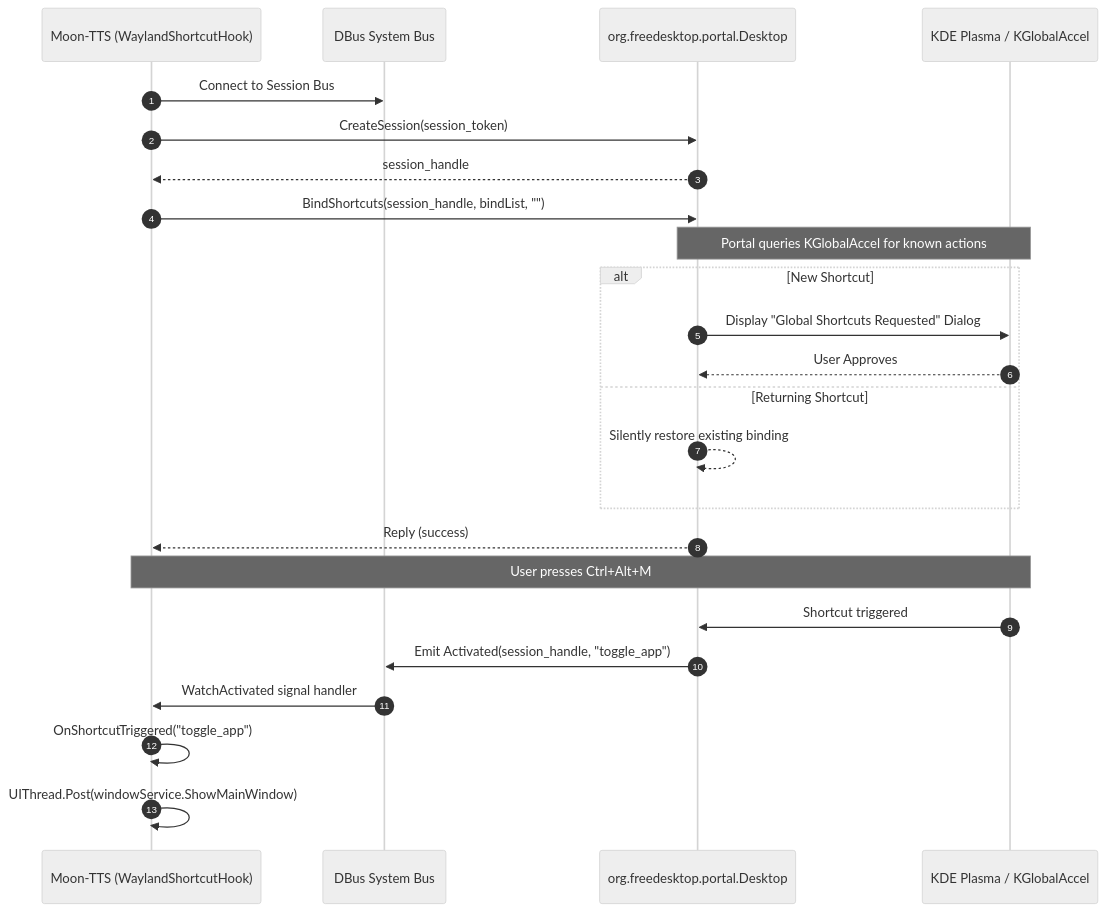
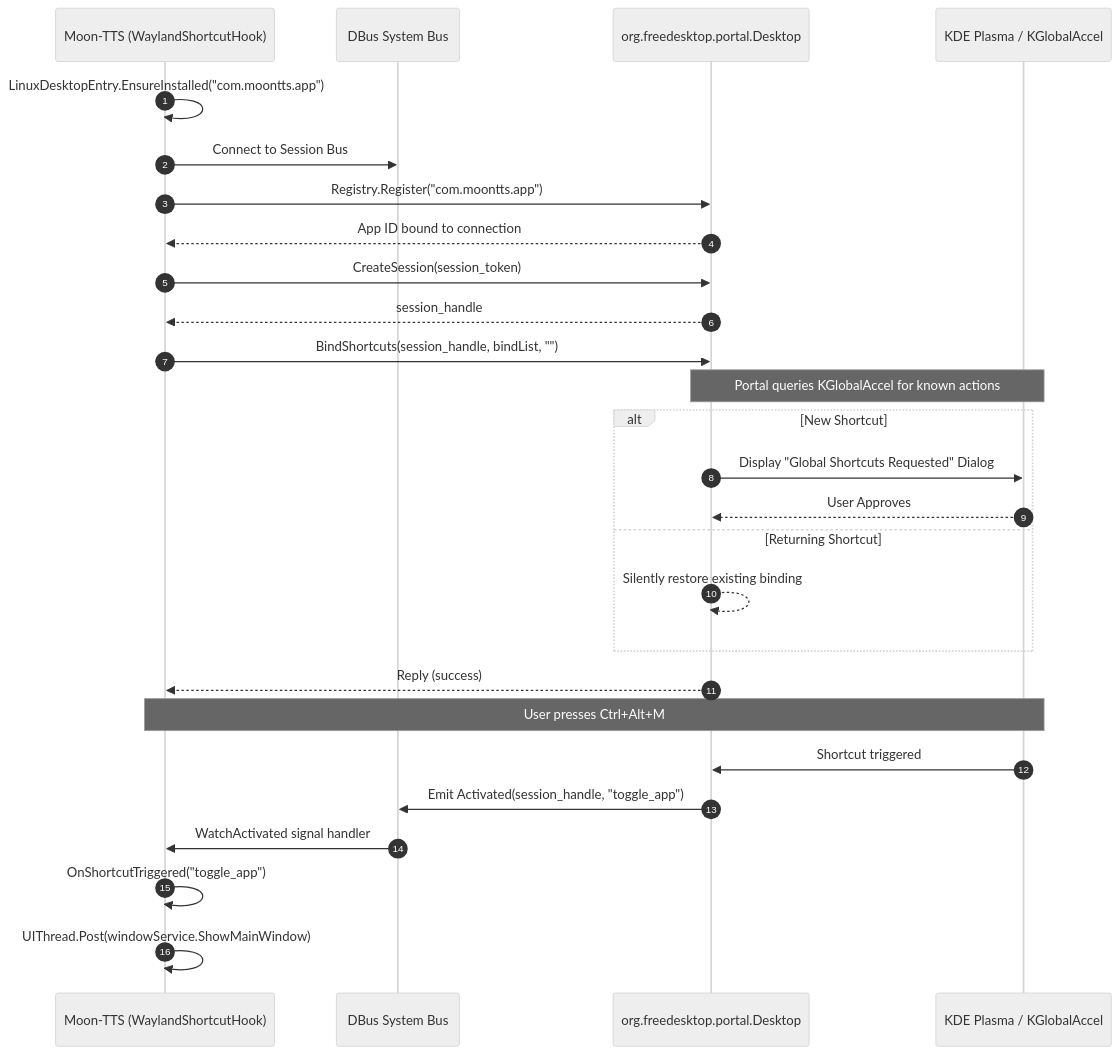
The third of 3 diagrams in MoonTTS.md (EzeRodas/mtts-claude-test), drawn with Mermaid (neutral theme) before and after one commit. The commit also changed other lines of this file and 2 other files, not shown here.

````diff
--- a/MoonTTS.md
+++ b/MoonTTS.md
@@ -357,27 +359,30 @@
 ```mermaid
 sequenceDiagram
     autonumber
     participant App as Moon-TTS (WaylandShortcutHook)
     participant Bus as DBus System Bus
     participant Portal as org.freedesktop.portal.Desktop
     participant KWin as KDE Plasma / KGlobalAccel
 
+    App->>App: LinuxDesktopEntry.EnsureInstalled("com.moontts.app")
     App->>Bus: Connect to Session Bus
+    App->>Portal: Registry.Register("com.moontts.app")
+    Portal-->>App: App ID bound to connection
     App->>Portal: CreateSession(session_token)
     Portal-->>App: session_handle
     App->>Portal: BindShortcuts(session_handle, bindList, "")
     Note over Portal,KWin: Portal queries KGlobalAccel for known actions
     alt New Shortcut
         Portal->>KWin: Display "Global Shortcuts Requested" Dialog
         KWin-->>Portal: User Approves
     else Returning Shortcut
         Portal-->>Portal: Silently restore existing binding
     end
     Portal-->>App: Reply (success)
     Note over KWin,App: User presses Ctrl+Alt+M
     KWin->>Portal: Shortcut triggered
     Portal->>Bus: Emit Activated(session_handle, "toggle_app")
     Bus->>App: WatchActivated signal handler
     App->>App: OnShortcutTriggered("toggle_app")
     App->>App: UIThread.Post(windowService.ShowMainWindow)
 ```
````
